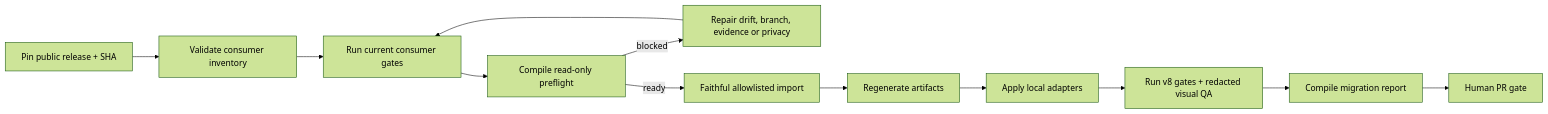
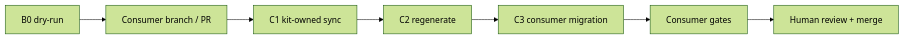
The diagram in docs/references/guides/wiki-viva-v8-downstream-upgrade.md (kimlage/wiki-viva-kit), drawn with Mermaid (forest theme) before and after one commit. The commit also changed other lines of this file and 51 other files, not shown here.

Commit message:
refactor(release): replace certification lanes with simple kit sync

````diff
--- a/docs/references/guides/wiki-viva-v8-downstream-upgrade.md
+++ b/docs/references/guides/wiki-viva-v8-downstream-upgrade.md
@@ -31,14 +20,9 @@
 ```mermaid
 flowchart LR
-    Pin["Pin public release + SHA"] --> Inventory["Validate consumer inventory"]
-    Inventory --> Current["Run current consumer gates"]
-    Current --> Preflight["Compile read-only preflight"]
-    Preflight -->|blocked| Repair["Repair drift, branch, evidence or privacy"]
-    Repair --> Current
-    Preflight -->|ready| Import["Faithful allowlisted import"]
-    Import --> Artifacts["Regenerate artifacts"]
-    Artifacts --> Adapt["Apply local adapters"]
-    Adapt --> Verify["Run v8 gates + redacted visual QA"]
-    Verify --> Report["Compile migration report"]
-    Report --> PR["Human PR gate"]
+    B0["B0 dry-run"] --> PR["Consumer branch / PR"]
+    PR --> C1["C1 kit-owned sync"]
+    C1 --> C2["C2 regenerate"]
+    C2 --> C3["C3 consumer migration"]
+    C3 --> Gates["Consumer gates"]
+    Gates --> Human["Human review + merge"]
 ```
````
